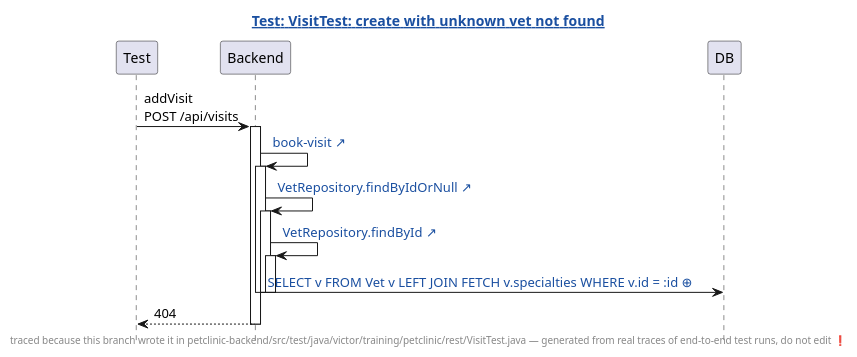
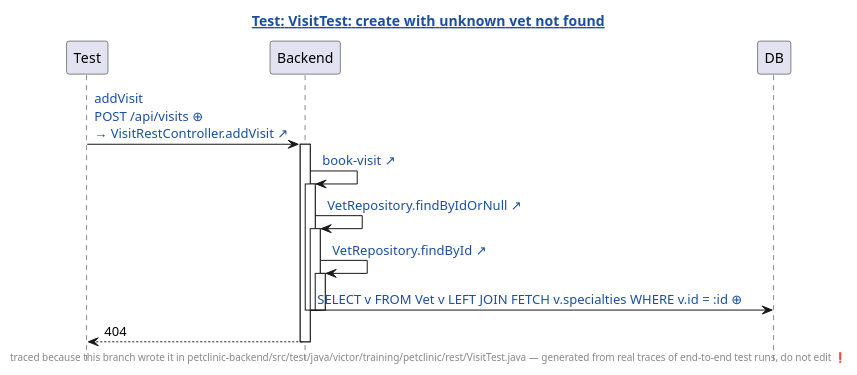
The diagram in demo/demo/assets/genseq/petclinic-test/generated/VisitTest.java.create-with-unknown-vet-not-found.genseq.puml (victorrentea/human-review), drawn with PlantUML before and after one commit. The commit also changed 142 other files, not shown here.

```diff
--- a/demo/demo/assets/genseq/petclinic-test/generated/VisitTest.java.create-with-unknown-vet-not-found.genseq.puml
+++ b/demo/demo/assets/genseq/petclinic-test/generated/VisitTest.java.create-with-unknown-vet-not-found.genseq.puml
@@ -1,27 +1,27 @@
 @startuml
 ' ⚠️  GENERATED FILE — DO NOT EDIT. Every edit is lost on the next run.
 hide footbox
 skinparam hyperlinkUnderline false
 skinparam hyperlinkColor #1A4FA0
 skinparam sequenceGroupFontColor #888888
 skinparam sequenceGroupFontStyle plain
 title [[src://petclinic-backend/src/test/java/victor/training/petclinic/rest/VisitTest.java:275{Click to open the test} Test: VisitTest: create with unknown vet not found]]
 footer traced because this branch wrote it in petclinic-backend/src/test/java/victor/training/petclinic/rest/VisitTest.java — generated from real traces of end-to-end test runs, do not edit ❗
 participant Test
 participant Backend
 participant DB
-Test -> Backend: addVisit\nPOST /api/visits
+Test -> Backend: [[genseq://0rymiqj{Click for the request as it was sent} addVisit\nPOST /api/visits ⊕]]\n[[src://petclinic-backend/src/main/java/victor/training/petclinic/rest/VisitRestController.java:59{Click to open VisitRestController.addVisit} → VisitRestController.addVisit ↗]]
 activate Backend
 Backend -> Backend: [[src://petclinic-backend/src/main/java/victor/training/petclinic/rest/VisitRestController.java:72{Click to open VisitRestController.bookVisit} book-visit ↗]]
 activate Backend
 Backend -> Backend: [[src://petclinic-backend/src/main/java/victor/training/petclinic/repository/VetRepository.java:19{Click to open VetRepository.findByIdOrNull} VetRepository.findByIdOrNull ↗]]
 activate Backend
 Backend -> Backend: [[src://petclinic-backend/src/main/java/victor/training/petclinic/repository/VetRepository.java:16{Click to open VetRepository.findById} VetRepository.findById ↗]]
 activate Backend
 Backend -> DB: [[genseq://1imt0as{Click for the statement behind this call} SELECT v FROM Vet v LEFT JOIN FETCH v.specialties WHERE v.id = :id ⊕]]
 deactivate Backend
 deactivate Backend
 deactivate Backend
 Backend --> Test: 404
 deactivate Backend
 @enduml
```
